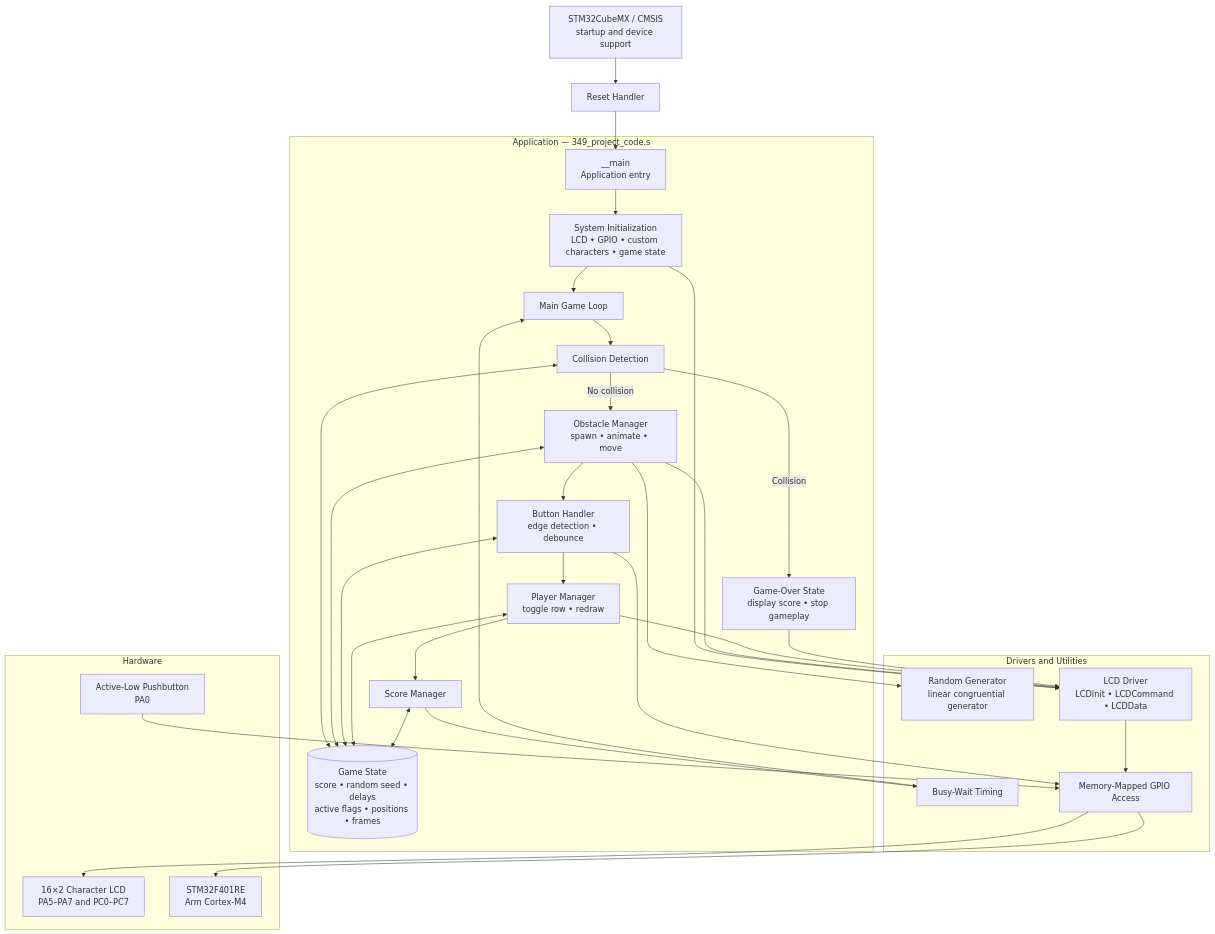
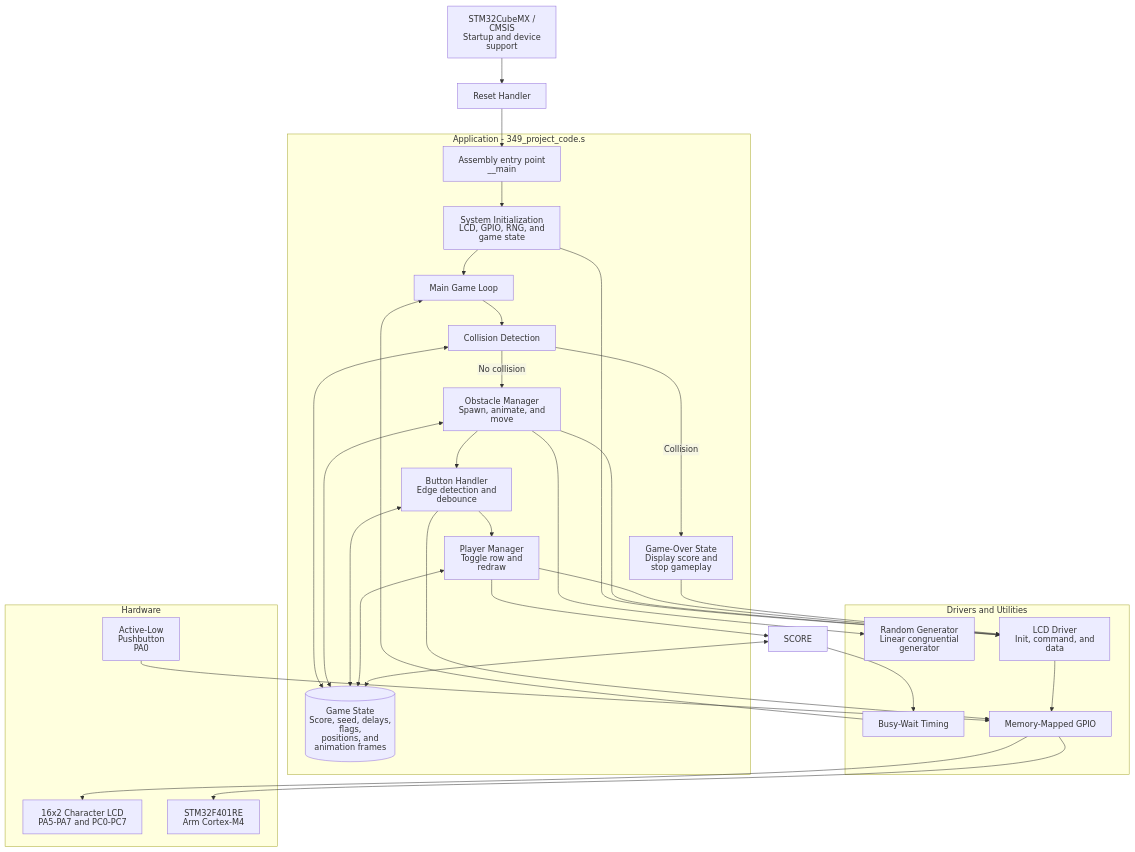
One commit to gfuentes2027/lcd-embedded-game changed the diagram in README.md. Above: the diagram before and after it, drawn with Mermaid.

Commit message:
Fixing software architecture formatting

````diff
--- a/README.md
+++ b/README.md
@@ -25,58 +25,89 @@
-```mermaid
-flowchart TB
-    CUBE["STM32CubeMX / CMSIS<br/>startup and device support"]
-    RESET["Reset Handler"]
+  ```mermaid
+  ---
+  config:
+    htmlLabels: false
+    flowchart:
+      wrappingWidth: 180
+      padding: 15
+  ---
+  flowchart TB
+      CUBE["`STM32CubeMX / CMSIS
+      Startup and device support`"]
 
-    subgraph APP["Application — 349_project_code.s"]
-        MAIN["__main<br/>Application entry"]
-        INIT["System Initialization<br/>LCD • GPIO • custom characters • game state"]
-        LOOP["Main Game Loop"]
+      RESET["Reset Handler"]
 
-        COLLISION["Collision Detection"]
-        OBSTACLES["Obstacle Manager<br/>spawn • animate • move"]
-        INPUT["Button Handler<br/>edge detection • debounce"]
-        PLAYER["Player Manager<br/>toggle row • redraw"]
-        SCORE["Score Manager"]
-        GAMEOVER["Game-Over State<br/>display score • stop gameplay"]
+      subgraph APP["Application - 349_project_code.s"]
+          MAIN["`Assembly entry point
+          __main`"]
 
-        STATE[("Game State<br/>score • random seed • delays<br/>active flags • positions • frames")]
-    end
+          INIT["`System Initialization
+          LCD, GPIO, RNG, and game state`"]
 
-    subgraph SERVICES["Drivers and Utilities"]
-        RNG["Random Generator<br/>linear congruential generator"]
-        LCDDRIVER["LCD Driver<br/>LCDInit • LCDCommand • LCDData"]
-        DELAY["Busy-Wait Timing"]
-        GPIO["Memory-Mapped GPIO Access"]
-    end
+          LOOP["Main Game Loop"]
+          COLLISION["Collision Detection"]
 
-    subgraph HARDWARE["Hardware"]
-        BUTTON["Active-Low Pushbutton<br/>PA0"]
-        LCD["16×2 Character LCD<br/>PA5–PA7 and PC0–PC7"]
-        MCU["STM32F401RE<br/>Arm Cortex-M4"]
-    end
+          OBSTACLES["`Obstacle Manager
+          Spawn, animate, and move`"]
 
-    CUBE --> RESET --> MAIN --> INIT --> LOOP
+          INPUT["`Button Handler
+          Edge detection and debounce`"]
 
-    LOOP --> COLLISION
-    COLLISION -->|No collision| OBSTACLES
-    COLLISION -->|Collision| GAMEOVER
-    OBSTACLES --> INPUT --> PLAYER --> SCORE --> DELAY --> LOOP
+          PLAYER["`Player Manager
+          Toggle row and redraw`"]
 
-    COLLISION <--> STATE
-    OBSTACLES <--> STATE
-    INPUT <--> STATE
-    PLAYER <--> STATE
-    SCORE <--> STATE
+          GAMEOVER["`Game-Over State
+          Display score and stop gameplay`"]
 
-    OBSTACLES --> RNG
-    INIT --> LCDDRIVER
-    OBSTACLES --> LCDDRIVER
-    PLAYER --> LCDDRIVER
-    GAMEOVER --> LCDDRIVER
+          STATE[("`Game State
+          Score, seed, delays, flags,
+          positions, and animation frames`")]
+      end
 
-    BUTTON --> GPIO
-    INPUT --> GPIO
-    LCDDRIVER --> GPIO
-    GPIO --> MCU
-    GPIO --> LCD
-```
+      subgraph SERVICES["Drivers and Utilities"]
+          RNG["`Random Generator
+          Linear congruential generator`"]
+
+          LCDDRIVER["`LCD Driver
+          Init, command, and data`"]
+
+          DELAY["Busy-Wait Timing"]
+          GPIO["Memory-Mapped GPIO"]
+      end
+
+      subgraph HARDWARE["Hardware"]
+          BUTTON["`Active-Low Pushbutton
+          PA0`"]
+
+          LCD["`16x2 Character LCD
+          PA5-PA7 and PC0-PC7`"]
+
+          MCU["`STM32F401RE
+          Arm Cortex-M4`"]
+      end
+
+      CUBE --> RESET --> MAIN --> INIT --> LOOP
+
+      LOOP --> COLLISION
+      COLLISION -->|No collision| OBSTACLES
+      COLLISION -->|Collision| GAMEOVER
+      OBSTACLES --> INPUT --> PLAYER --> SCORE --> DELAY --> LOOP
+
+      COLLISION <--> STATE
+      OBSTACLES <--> STATE
+      INPUT <--> STATE
+      PLAYER <--> STATE
+      SCORE <--> STATE
+
+      OBSTACLES --> RNG
+
+      INIT --> LCDDRIVER
+      OBSTACLES --> LCDDRIVER
+      PLAYER --> LCDDRIVER
+      GAMEOVER --> LCDDRIVER
+
+      BUTTON --> GPIO
+      INPUT --> GPIO
+      LCDDRIVER --> GPIO
+      GPIO --> MCU
+      GPIO --> LCD
+  ```
````
